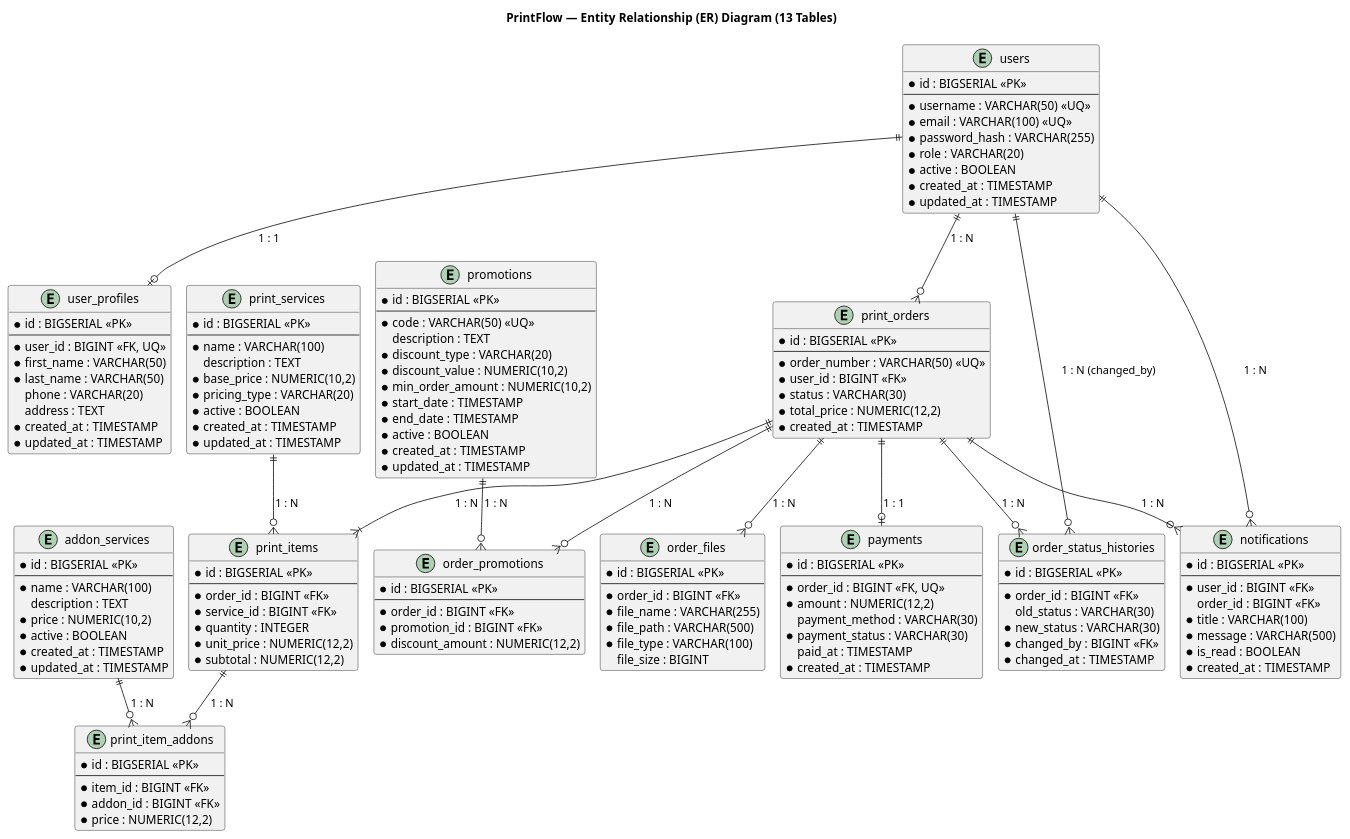
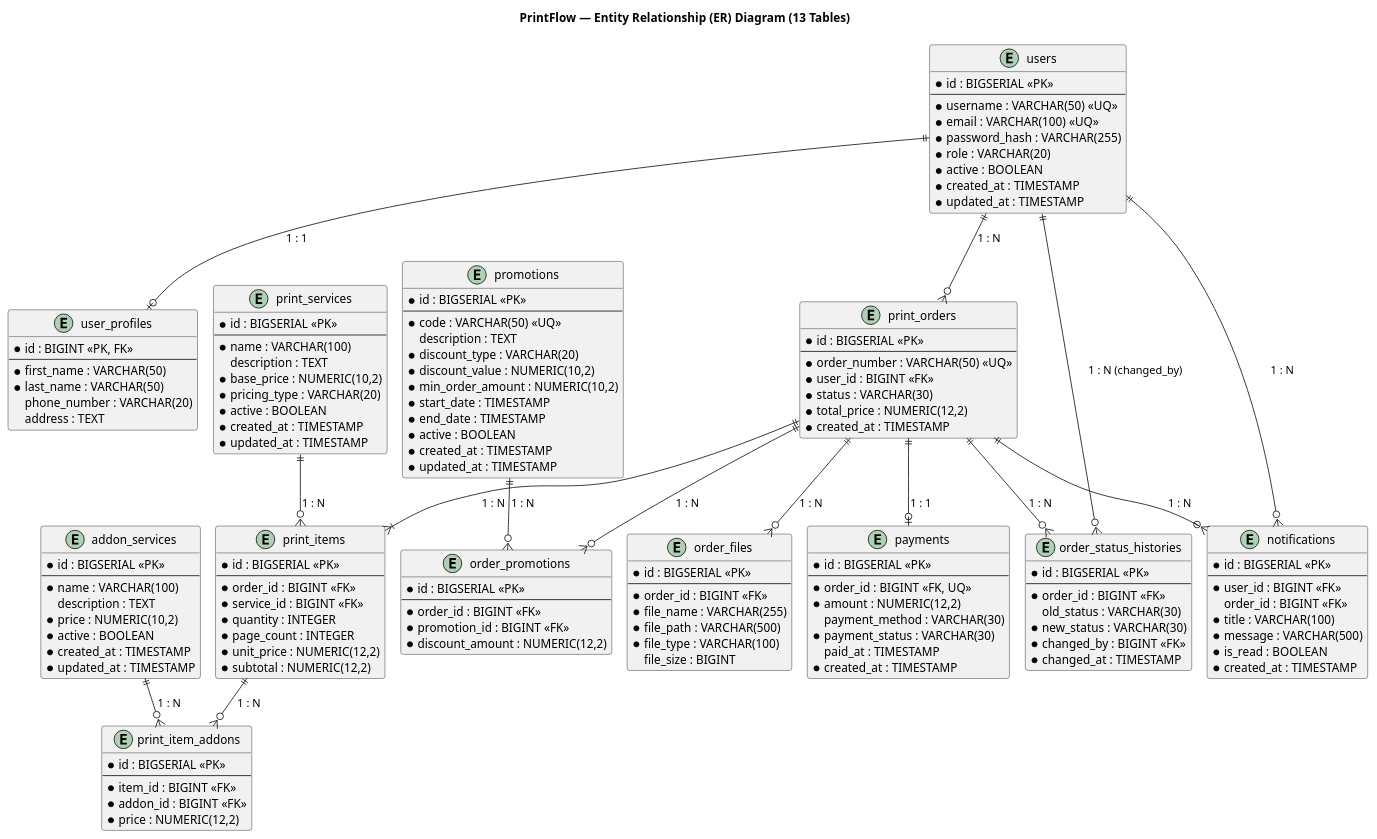
The diagram in doc/diagrams/er-diagram.puml (bbthecat/Print_shop_final), drawn with PlantUML before and after one commit. The commit also changed 3 other files, not shown here.

Commit message:
docs: align data dictionary and ER diagram with migrations

```diff
--- a/doc/diagrams/er-diagram.puml
+++ b/doc/diagrams/er-diagram.puml
@@ -1,173 +1,171 @@
 @startuml er-diagram
 !pragma layout smetana
 skinparam defaultFontName Tahoma
 skinparam shadowing false
 skinparam roundcorner 6
 
 skinparam entity {
   BackgroundColor #F8FAFC
   BorderColor #334155
 }
 
 title PrintFlow — Entity Relationship (ER) Diagram (13 Tables)
 
 entity "users" as users {
   * id : BIGSERIAL <<PK>>
   --
   * username : VARCHAR(50) <<UQ>>
   * email : VARCHAR(100) <<UQ>>
   * password_hash : VARCHAR(255)
   * role : VARCHAR(20)
   * active : BOOLEAN
   * created_at : TIMESTAMP
   * updated_at : TIMESTAMP
 }
 
 entity "user_profiles" as user_profiles {
-  * id : BIGSERIAL <<PK>>
+  * id : BIGINT <<PK, FK>>
   --
-  * user_id : BIGINT <<FK, UQ>>
   * first_name : VARCHAR(50)
   * last_name : VARCHAR(50)
-  phone : VARCHAR(20)
+  phone_number : VARCHAR(20)
   address : TEXT
-  * created_at : TIMESTAMP
-  * updated_at : TIMESTAMP
 }
 
 entity "print_services" as print_services {
   * id : BIGSERIAL <<PK>>
   --
   * name : VARCHAR(100)
   description : TEXT
   * base_price : NUMERIC(10,2)
   * pricing_type : VARCHAR(20)
   * active : BOOLEAN
   * created_at : TIMESTAMP
   * updated_at : TIMESTAMP
 }
 
 entity "addon_services" as addon_services {
   * id : BIGSERIAL <<PK>>
   --
   * name : VARCHAR(100)
   description : TEXT
   * price : NUMERIC(10,2)
   * active : BOOLEAN
   * created_at : TIMESTAMP
   * updated_at : TIMESTAMP
 }
 
 entity "promotions" as promotions {
   * id : BIGSERIAL <<PK>>
   --
   * code : VARCHAR(50) <<UQ>>
   description : TEXT
   * discount_type : VARCHAR(20)
   * discount_value : NUMERIC(10,2)
   * min_order_amount : NUMERIC(10,2)
   * start_date : TIMESTAMP
   * end_date : TIMESTAMP
   * active : BOOLEAN
   * created_at : TIMESTAMP
   * updated_at : TIMESTAMP
 }
 
 entity "print_orders" as print_orders {
   * id : BIGSERIAL <<PK>>
   --
   * order_number : VARCHAR(50) <<UQ>>
   * user_id : BIGINT <<FK>>
   * status : VARCHAR(30)
   * total_price : NUMERIC(12,2)
   * created_at : TIMESTAMP
 }
 
 entity "print_items" as print_items {
   * id : BIGSERIAL <<PK>>
   --
   * order_id : BIGINT <<FK>>
   * service_id : BIGINT <<FK>>
   * quantity : INTEGER
+  * page_count : INTEGER
   * unit_price : NUMERIC(12,2)
   * subtotal : NUMERIC(12,2)
 }
 
 entity "print_item_addons" as print_item_addons {
   * id : BIGSERIAL <<PK>>
   --
   * item_id : BIGINT <<FK>>
   * addon_id : BIGINT <<FK>>
   * price : NUMERIC(12,2)
 }
 
 entity "order_promotions" as order_promotions {
   * id : BIGSERIAL <<PK>>
   --
   * order_id : BIGINT <<FK>>
   * promotion_id : BIGINT <<FK>>
   * discount_amount : NUMERIC(12,2)
 }
 
 entity "order_files" as order_files {
   * id : BIGSERIAL <<PK>>
   --
   * order_id : BIGINT <<FK>>
   * file_name : VARCHAR(255)
   * file_path : VARCHAR(500)
   * file_type : VARCHAR(100)
   file_size : BIGINT
 }
 
 entity "payments" as payments {
   * id : BIGSERIAL <<PK>>
   --
   * order_id : BIGINT <<FK, UQ>>
   * amount : NUMERIC(12,2)
   payment_method : VARCHAR(30)
   * payment_status : VARCHAR(30)
   paid_at : TIMESTAMP
   * created_at : TIMESTAMP
 }
 
 entity "order_status_histories" as order_status_histories {
   * id : BIGSERIAL <<PK>>
   --
   * order_id : BIGINT <<FK>>
   old_status : VARCHAR(30)
   * new_status : VARCHAR(30)
   * changed_by : BIGINT <<FK>>
   * changed_at : TIMESTAMP
 }
 
 entity "notifications" as notifications {
   * id : BIGSERIAL <<PK>>
   --
   * user_id : BIGINT <<FK>>
   order_id : BIGINT <<FK>>
   * title : VARCHAR(100)
   * message : VARCHAR(500)
   * is_read : BOOLEAN
   * created_at : TIMESTAMP
 }
 
 ' Foreign Key Relationships
 users ||--o| user_profiles : "1 : 1"
 users ||--o{ print_orders : "1 : N"
 users ||--o{ notifications : "1 : N"
 users ||--o{ order_status_histories : "1 : N (changed_by)"
 
 print_orders ||--|{ print_items : "1 : N"
 print_orders ||--o{ order_files : "1 : N"
 print_orders ||--o{ order_promotions : "1 : N"
 print_orders ||--o| payments : "1 : 1"
 print_orders ||--o{ order_status_histories : "1 : N"
 print_orders ||--o{ notifications : "1 : N"
 
 print_services ||--o{ print_items : "1 : N"
 print_items ||--o{ print_item_addons : "1 : N"
 addon_services ||--o{ print_item_addons : "1 : N"
 
 promotions ||--o{ order_promotions : "1 : N"
 
 @enduml
```
